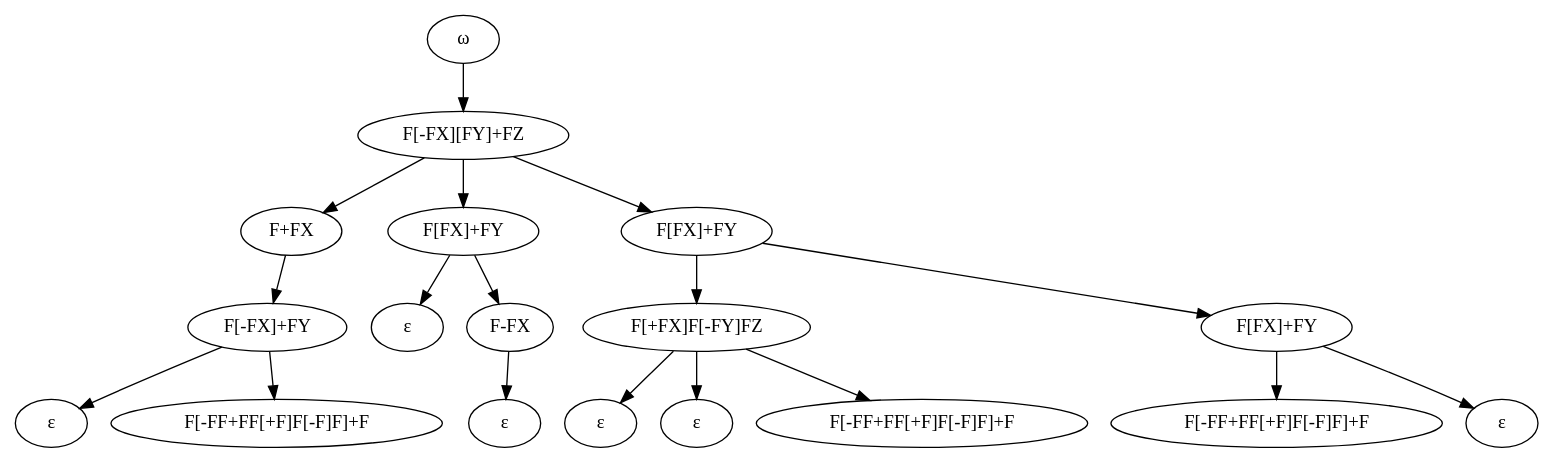
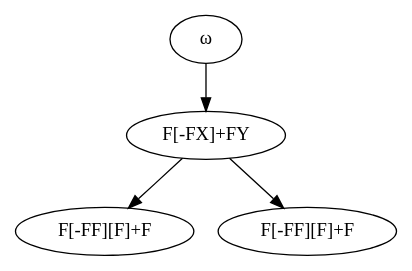
One commit to adrian-helberg/bachelor changed the diagram in Generator/compressed_structure.dot. Above: the diagram before and after it, drawn with Graphviz. The commit also changed 26 other files, not shown here.

```diff
--- a/Generator/compressed_structure.dot
+++ b/Generator/compressed_structure.dot
@@ -1,37 +1,9 @@
 digraph {
 omega [label="ω"]
-0 [label="F[-FX][FY]+FZ"]
-1 [label="F+FX"]
-2 [label="F[FX]+FY"]
-3 [label="F[FX]+FY"]
-4 [label="F[-FX]+FY"]
-5 [label="ε"]
-6 [label="F-FX"]
-7 [label="F[+FX]F[-FY]FZ"]
-8 [label="F[FX]+FY"]
-9 [label="ε"]
-10 [label="F[-FF+FF[+F]F[-F]F]+F"]
-11 [label="ε"]
-12 [label="ε"]
-13 [label="ε"]
-14 [label="F[-FF+FF[+F]F[-F]F]+F"]
-15 [label="F[-FF+FF[+F]F[-F]F]+F"]
-16 [label="ε"]
+0 [label="F[-FX]+FY"]
+1 [label="F[-FF][F]+F"]
+2 [label="F[-FF][F]+F"]
 omega -> 0
 0 -> 1
 0 -> 2
-0 -> 3
-1 -> 4
-2 -> 5
-2 -> 6
-3 -> 7
-3 -> 8
-4 -> 9
-4 -> 10
-6 -> 11
-7 -> 12
-7 -> 13
-7 -> 14
-8 -> 15
-8 -> 16
 }
```
